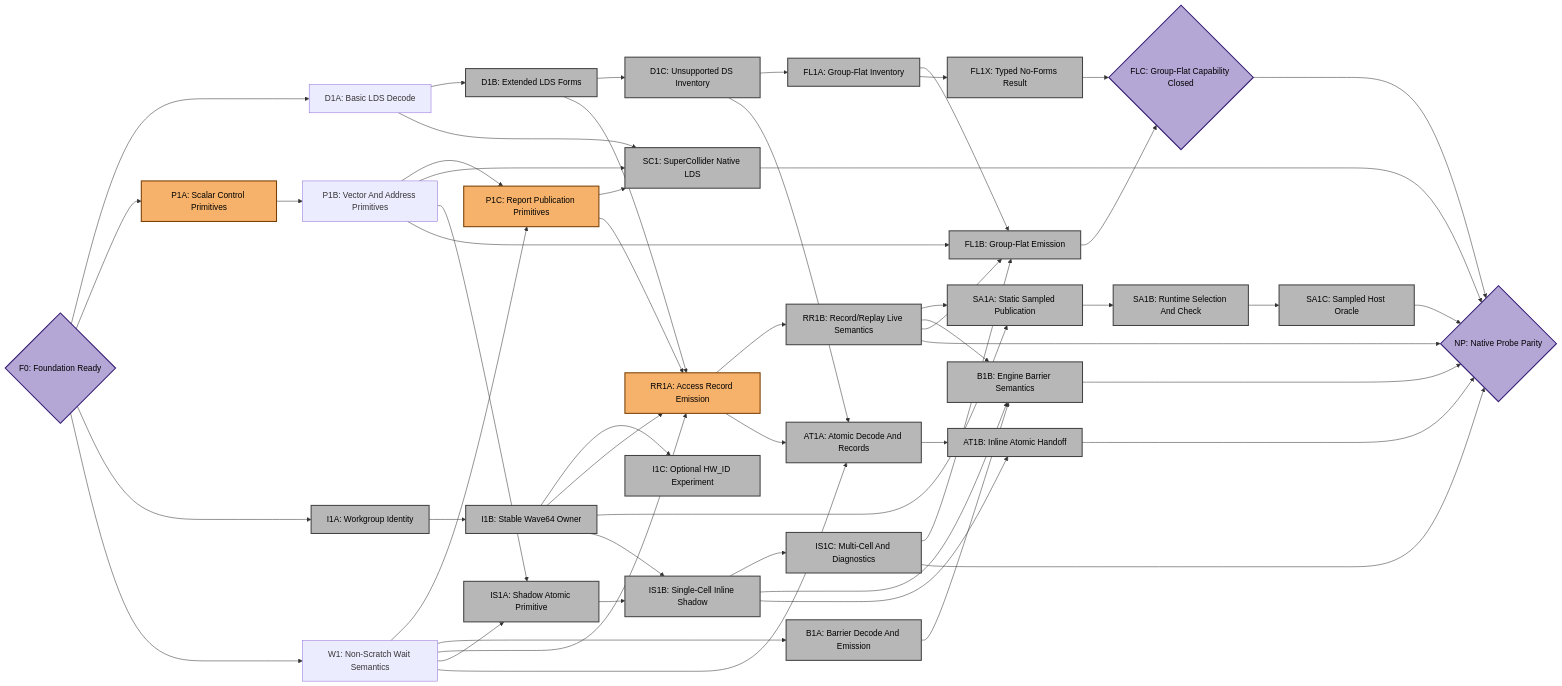
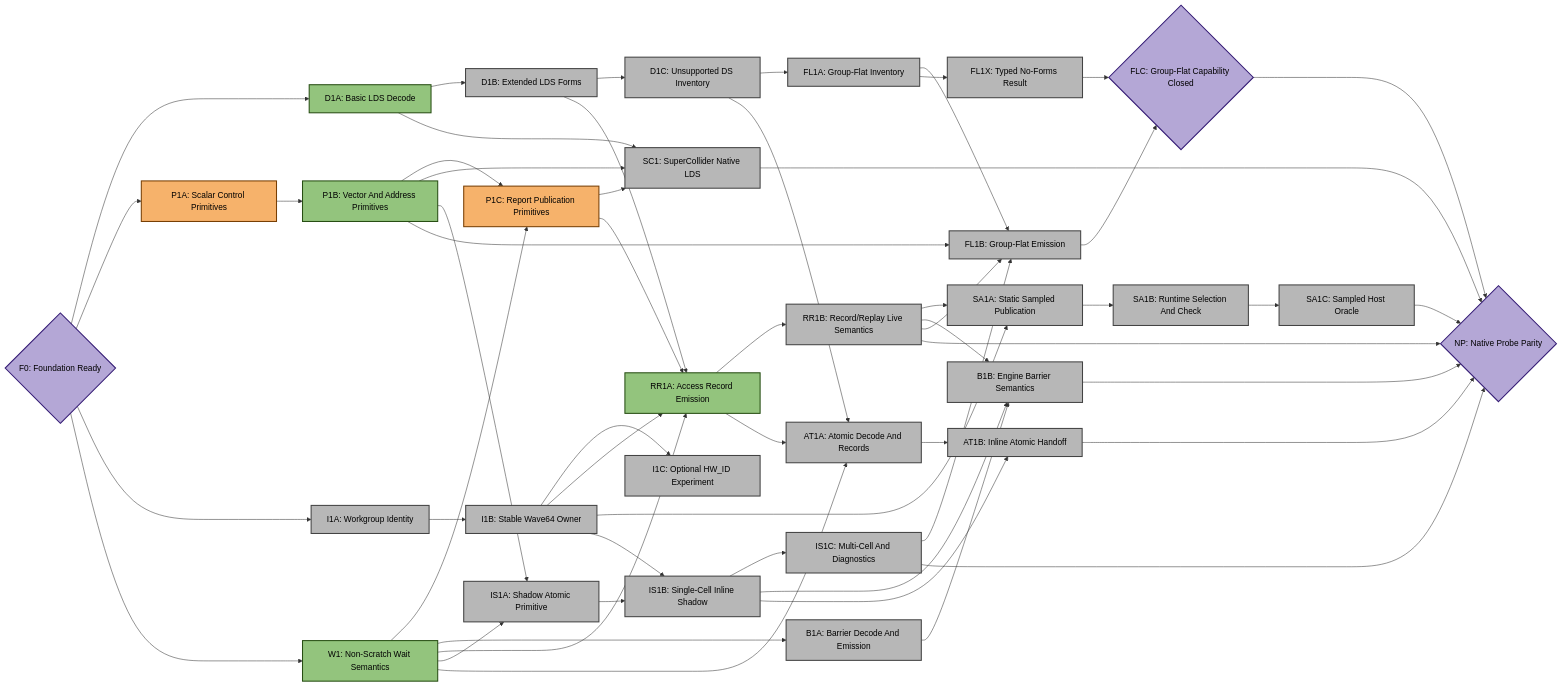
One commit to ROCm/rocm-systems changed the fourth of 5 diagrams in emulation/rocjitsu/docs/consan/PLAN_GFX950.md. Above: the diagram before and after it, drawn with Mermaid. The commit also changed other lines of this file and 1 other file, not shown here.

Commit message:
rocjitsu: guard gfx950 access record fields

```diff
--- a/emulation/rocjitsu/docs/consan/PLAN_GFX950.md
+++ b/emulation/rocjitsu/docs/consan/PLAN_GFX950.md
@@ -221,7 +243,7 @@
   B1A["B1A: Barrier Decode And Emission"]:::todo
   B1B["B1B: Engine Barrier Semantics"]:::todo
   SC1["SC1: SuperCollider Native LDS"]:::todo
-  RR1A["RR1A: Access Record Emission"]:::active
+  RR1A["RR1A: Access Record Emission"]:::done
   RR1B["RR1B: Record/Replay Live Semantics"]:::todo
   SA1A["SA1A: Static Sampled Publication"]:::todo
   SA1B["SA1B: Runtime Selection And Check"]:::todo
@@ -286,6 +308,7 @@
   FLC --> NP
   AT1B --> NP
 
+  classDef done fill:#93c47d,stroke:#274e13,stroke-width:2px,color:#000;
   classDef active fill:#f6b26b,stroke:#783f04,stroke-width:2px,color:#000;
   classDef todo fill:#b7b7b7,stroke:#434343,stroke-width:2px,color:#000;
   classDef target fill:#b4a7d6,stroke:#351c75,stroke-width:2px,color:#000;
```
